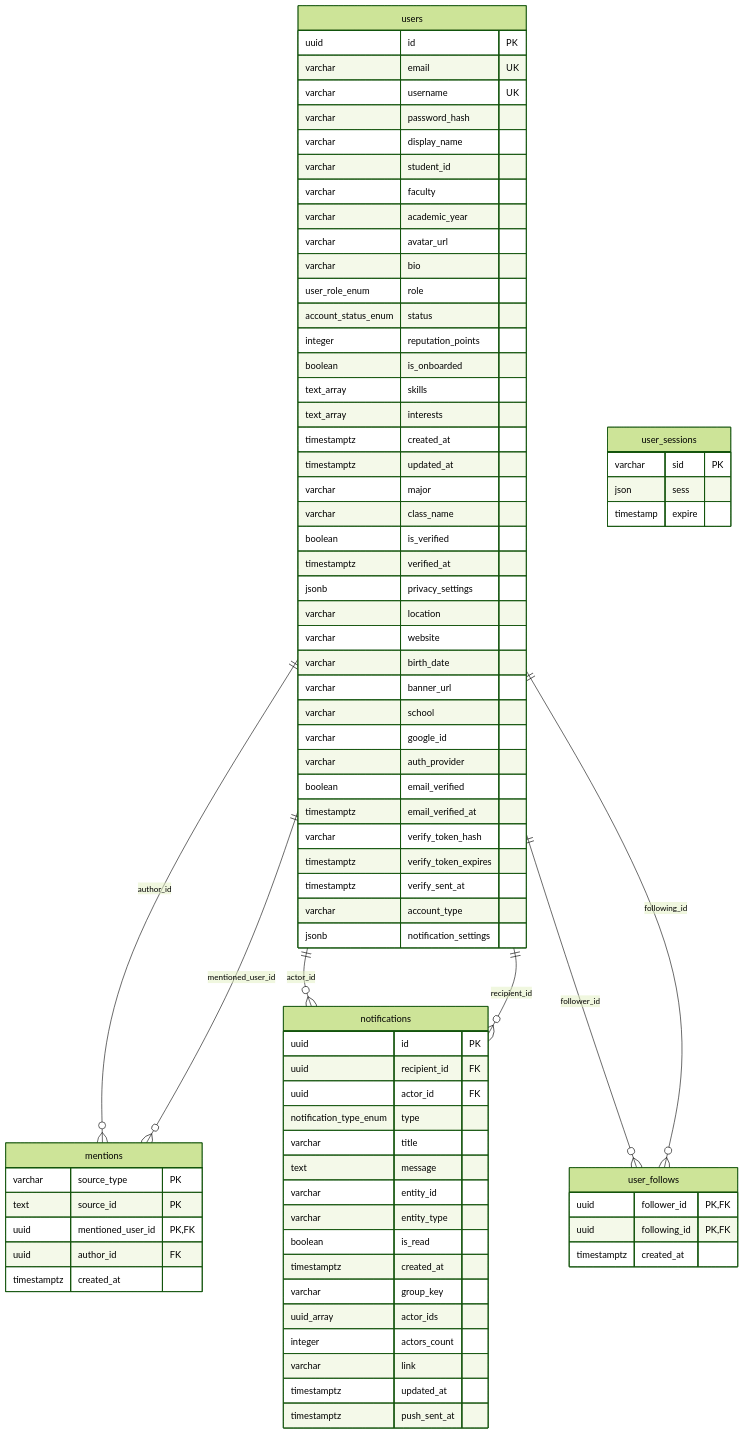
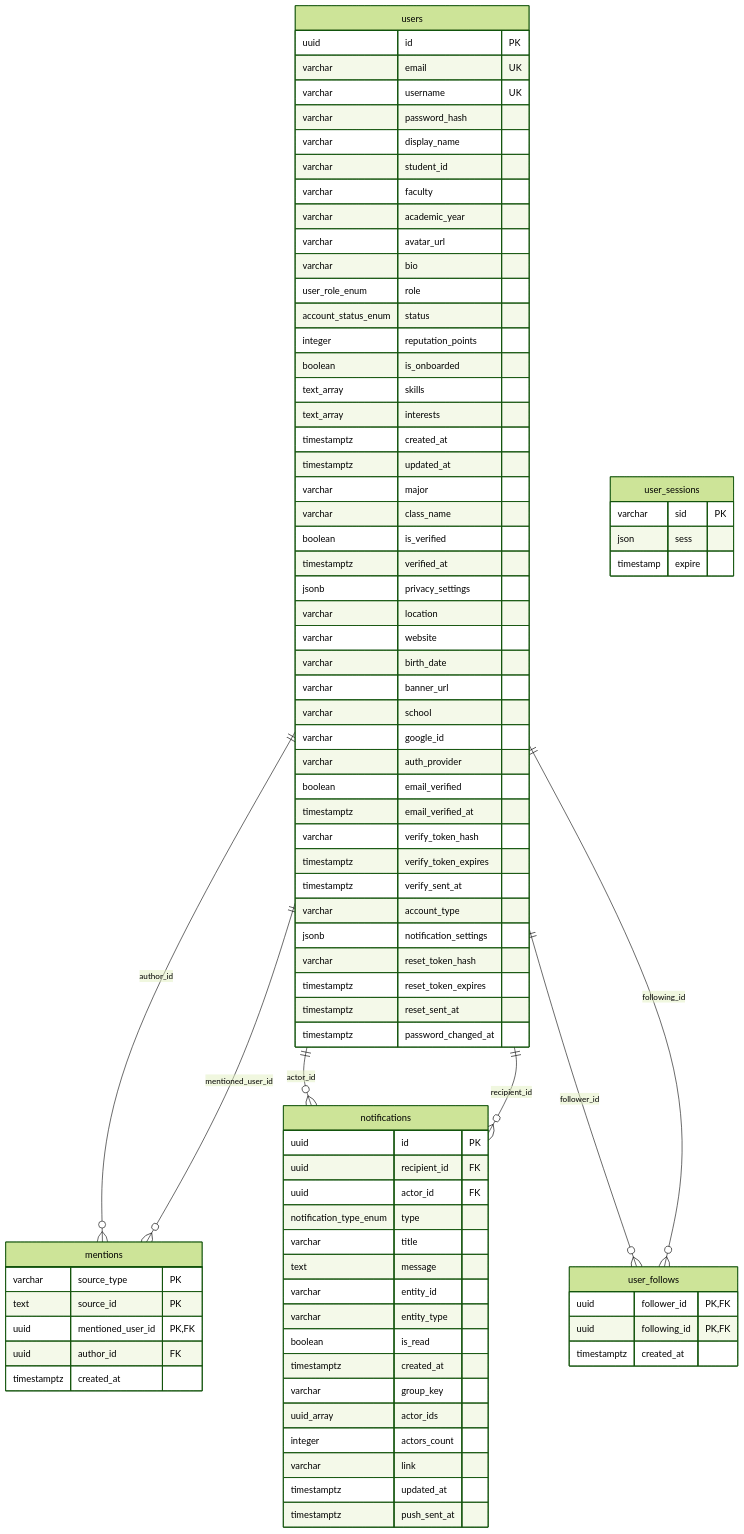
One commit to nhatcoi/pu-connect changed the second of 6 diagrams in docs/diagrams/04-erd.md. Above: the diagram before and after it, drawn with Mermaid (forest theme). The commit also changed 4 other files, not shown here.

First line of the commit message:
feat(auth): password reset by email with single-use hashed tokens

```diff
--- a/docs/diagrams/04-erd.md
+++ b/docs/diagrams/04-erd.md
@@ -93,6 +93,10 @@
     timestamptz verify_sent_at
     varchar account_type
     jsonb notification_settings
+    varchar reset_token_hash
+    timestamptz reset_token_expires
+    timestamptz reset_sent_at
+    timestamptz password_changed_at
   }
   user_follows {
     uuid follower_id PK,FK
```
